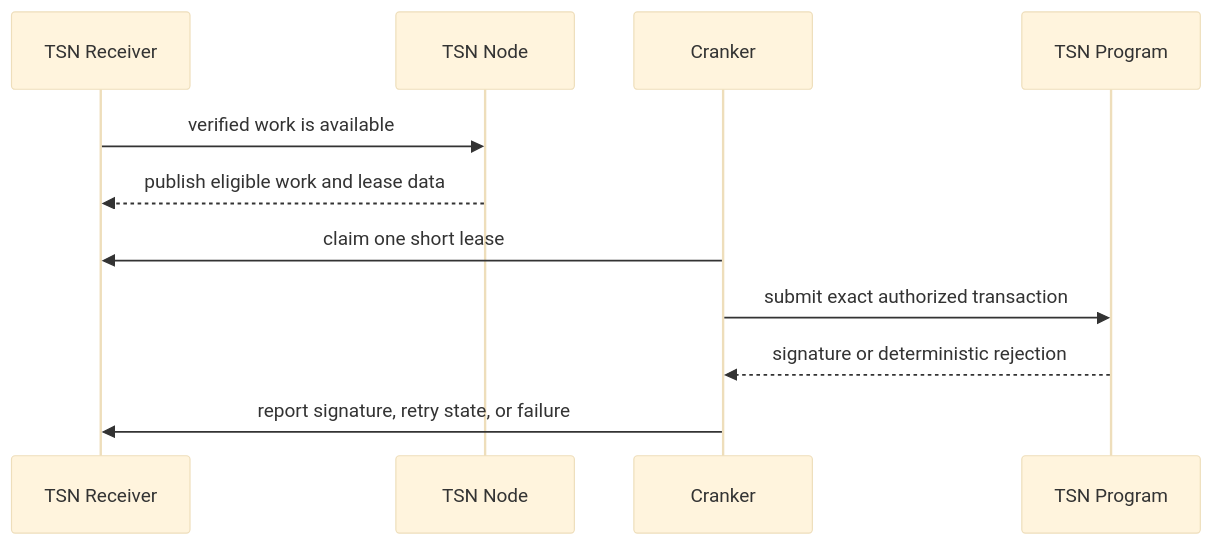
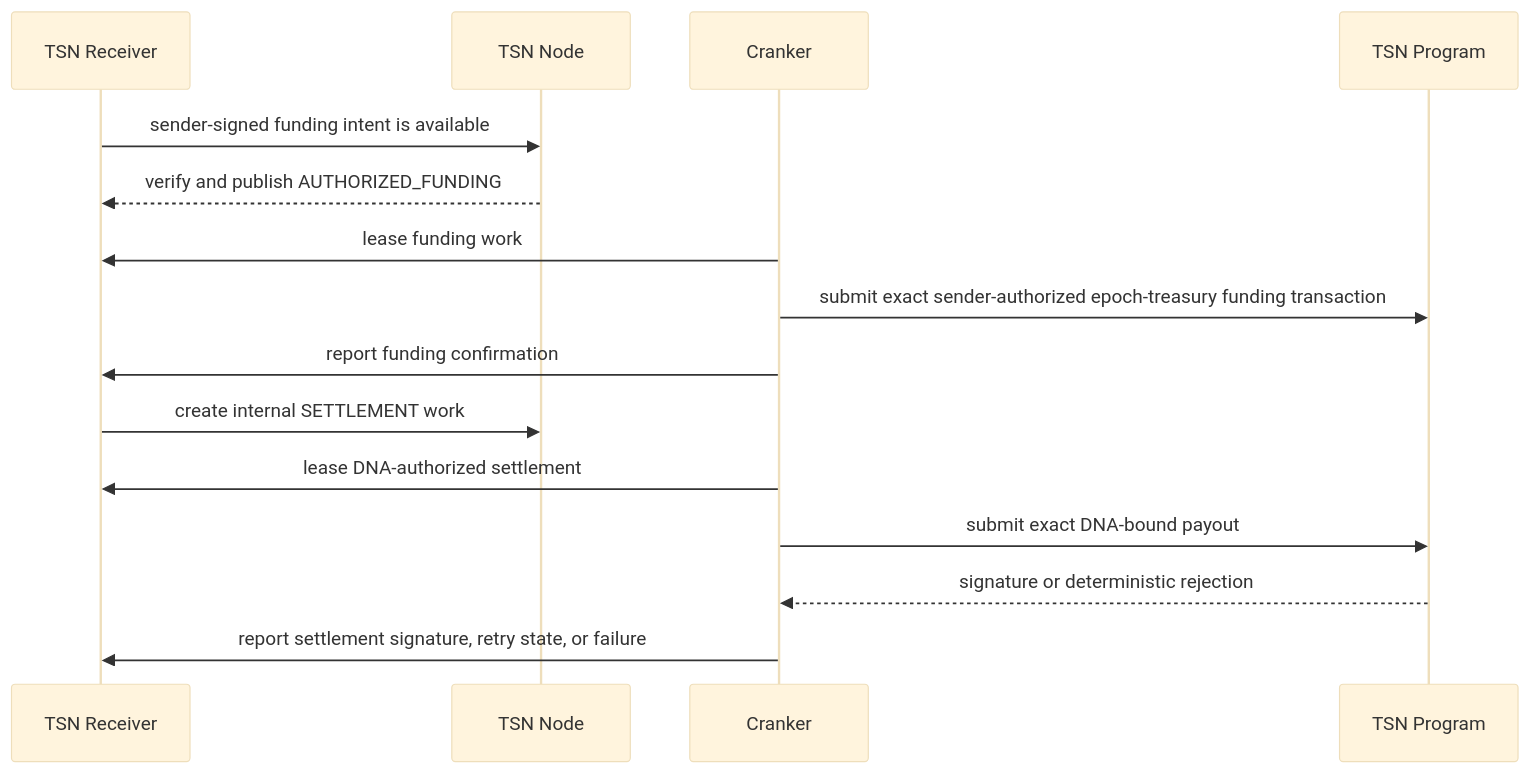
The second of 2 diagrams in docs/CRANKER-OPERATOR-GUIDE.md (bigdreamsweb3/trustlink-pay), drawn with Mermaid (base theme) before and after one commit. The commit also changed other lines of this file and 37 other files, not shown here.

````diff
--- a/docs/CRANKER-OPERATOR-GUIDE.md
+++ b/docs/CRANKER-OPERATOR-GUIDE.md
@@ -271,13 +286,17 @@
 ```mermaid
 sequenceDiagram
     participant R as TSN Receiver
     participant N as TSN Node
     participant C as Cranker
     participant S as TSN Program
-    R->>N: verified work is available
-    N-->>R: publish eligible work and lease data
-    C->>R: claim one short lease
-    C->>S: submit exact authorized transaction
+    R->>N: sender-signed funding intent is available
+    N-->>R: verify and publish AUTHORIZED_FUNDING
+    C->>R: lease funding work
+    C->>S: submit exact sender-authorized epoch-treasury funding transaction
+    C->>R: report funding confirmation
+    R->>N: create internal SETTLEMENT work
+    C->>R: lease DNA-authorized settlement
+    C->>S: submit exact DNA-bound payout
     S-->>C: signature or deterministic rejection
-    C->>R: report signature, retry state, or failure
+    C->>R: report settlement signature, retry state, or failure
 ```
````
